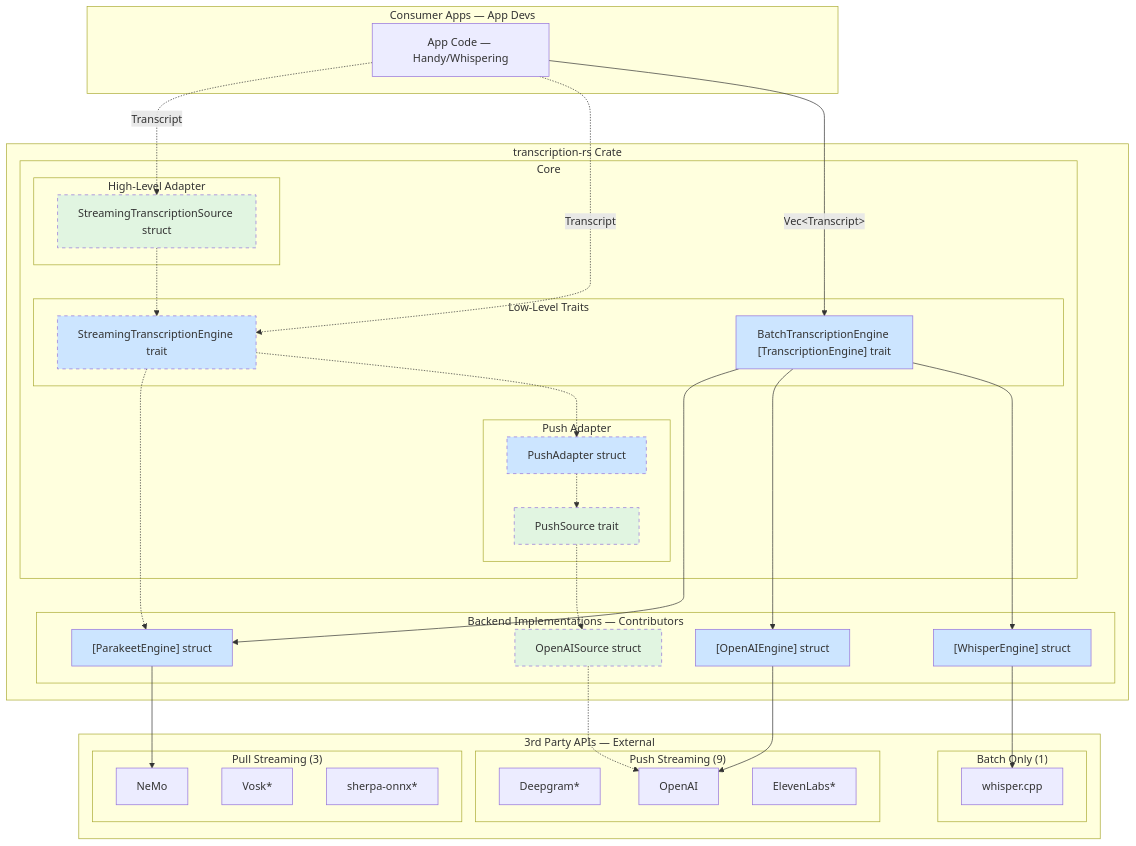
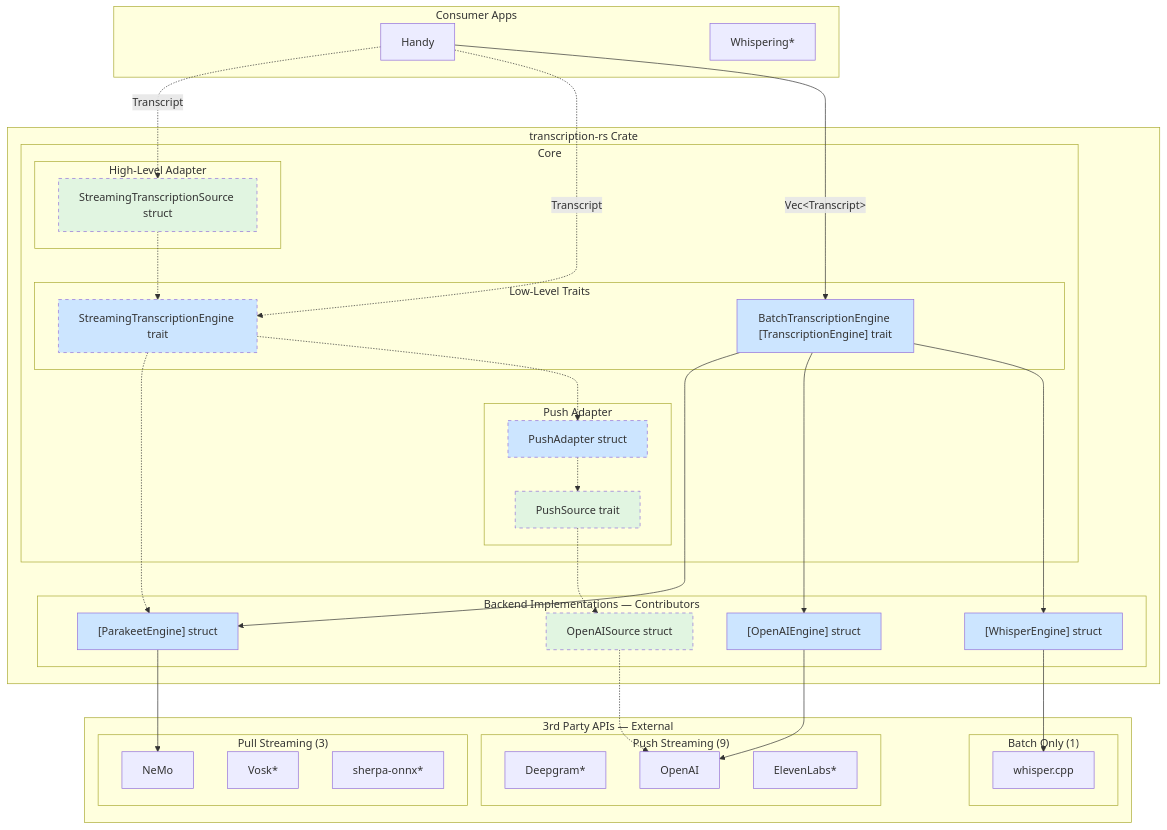
The fourth of 4 diagrams in specs/transcription-rs.md (cjpais/transcribe-rs), drawn with Mermaid before and after one commit. The commit also changed other lines of this file, not shown here.

First line of the commit message:
docs: split architecture into 3 diagrams with visual legend

````diff
--- a/specs/transcription-rs.md
+++ b/specs/transcription-rs.md
@@ -13,76 +136,77 @@
 ```mermaid
 graph TB
-    subgraph Apps ["Consumer Apps — App Devs"]
-        App[App Code — Handy/Whispering]
+    subgraph Apps ["Consumer Apps"]
+        Handy[Handy]
+        Whispering[Whispering*]
     end
 
     subgraph Library ["transcription-rs Crate"]
         subgraph Core ["Core"]
             subgraph HighLevel ["High-Level Adapter"]
                 StreamingSource["StreamingTranscriptionSource struct"]
             end
 
             subgraph LowLevel ["Low-Level Traits"]
                 StreamingEngine["StreamingTranscriptionEngine trait"]
                 BatchEngine["BatchTranscriptionEngine [TranscriptionEngine] trait"]
             end
 
             subgraph PushHelper ["Push Adapter"]
                 PushAdapter[PushAdapter struct]
                 PushSource[PushSource trait]
             end
         end
 
         subgraph Backends ["Backend Implementations — Contributors"]
             ParakeetEngine["[ParakeetEngine] struct"]
             OpenAISource["OpenAISource struct"]
             OpenAIEngine["[OpenAIEngine] struct"]
             WhisperEngine["[WhisperEngine] struct"]
         end
     end
 
     subgraph External ["3rd Party APIs — External"]
         subgraph PullStreaming ["Pull Streaming (3)"]
             NeMo[NeMo]
             Vosk[Vosk*]
             Sherpa[sherpa-onnx*]
         end
         subgraph PushStreaming ["Push Streaming (9)"]
             Deepgram[Deepgram*]
             OpenAI[OpenAI]
             ElevenLabs[ElevenLabs*]
         end
         subgraph BatchOnly ["Batch Only (1)"]
             WhisperCpp[whisper.cpp]
         end
     end
 
-    App -.->|Transcript| StreamingSource
-    App -.->|Transcript| StreamingEngine
-    App -->|"Vec&lt;Transcript&gt;"| BatchEngine
+    Handy -.->|Transcript| StreamingSource
+    Handy -.->|Transcript| StreamingEngine
+    Handy -->|"Vec&lt;Transcript&gt;"| BatchEngine
 
     StreamingSource -.-> StreamingEngine
 
     StreamingEngine -.-> ParakeetEngine
     StreamingEngine -.-> PushAdapter
     
     PushAdapter -.-> PushSource
     PushSource -.-> OpenAISource
     
     BatchEngine --> ParakeetEngine
     BatchEngine --> OpenAIEngine
     BatchEngine --> WhisperEngine
 
     ParakeetEngine --> NeMo
     OpenAISource -.-> OpenAI
     OpenAIEngine --> OpenAI
     WhisperEngine --> WhisperCpp
 
     classDef pushPlanned fill:#e1f5e1,stroke-dasharray: 5 5
     classDef pullPlanned fill:#cce5ff,stroke-dasharray: 5 5
     classDef pushExisting fill:#e1f5e1
     classDef pullExisting fill:#cce5ff
     class StreamingSource,PushSource,OpenAISource pushPlanned
     class StreamingEngine,PushAdapter pullPlanned
     class ParakeetEngine,OpenAIEngine,WhisperEngine,BatchEngine pullExisting
 ```
````
